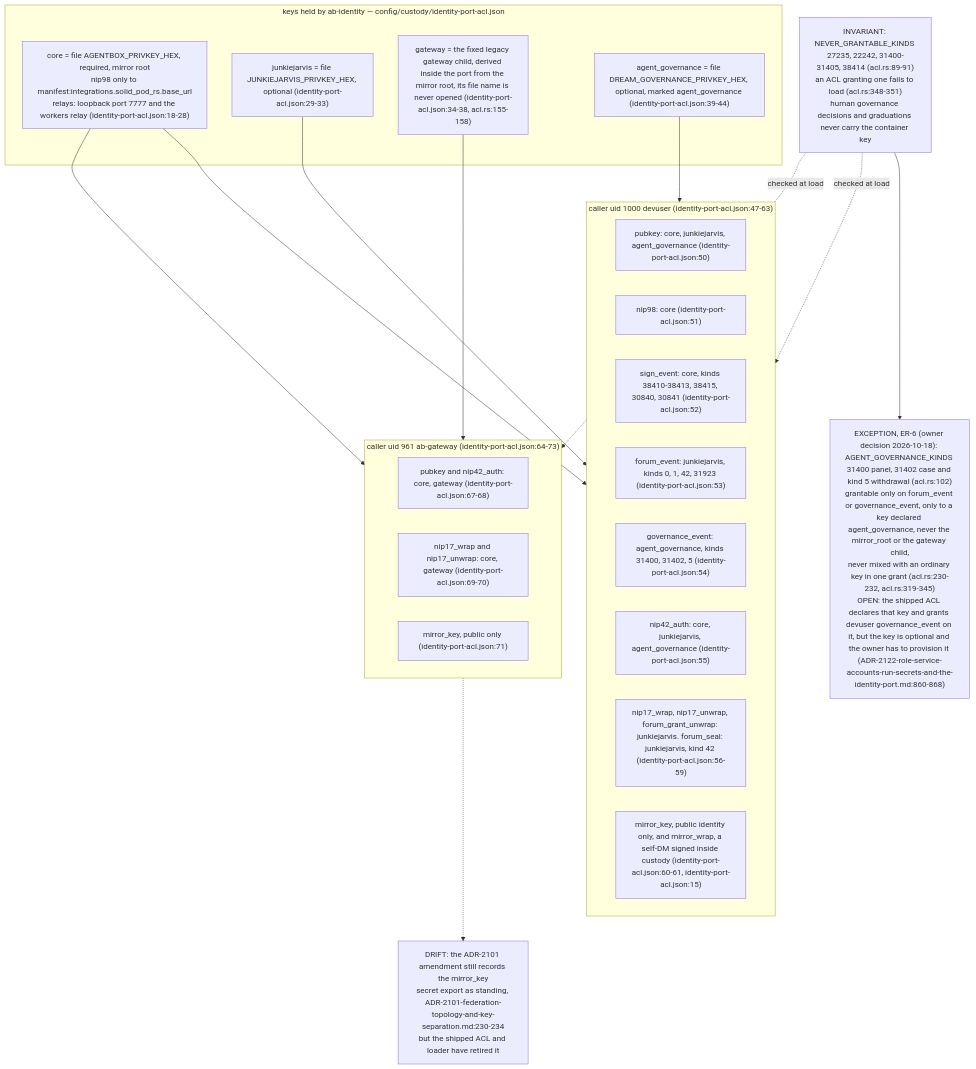
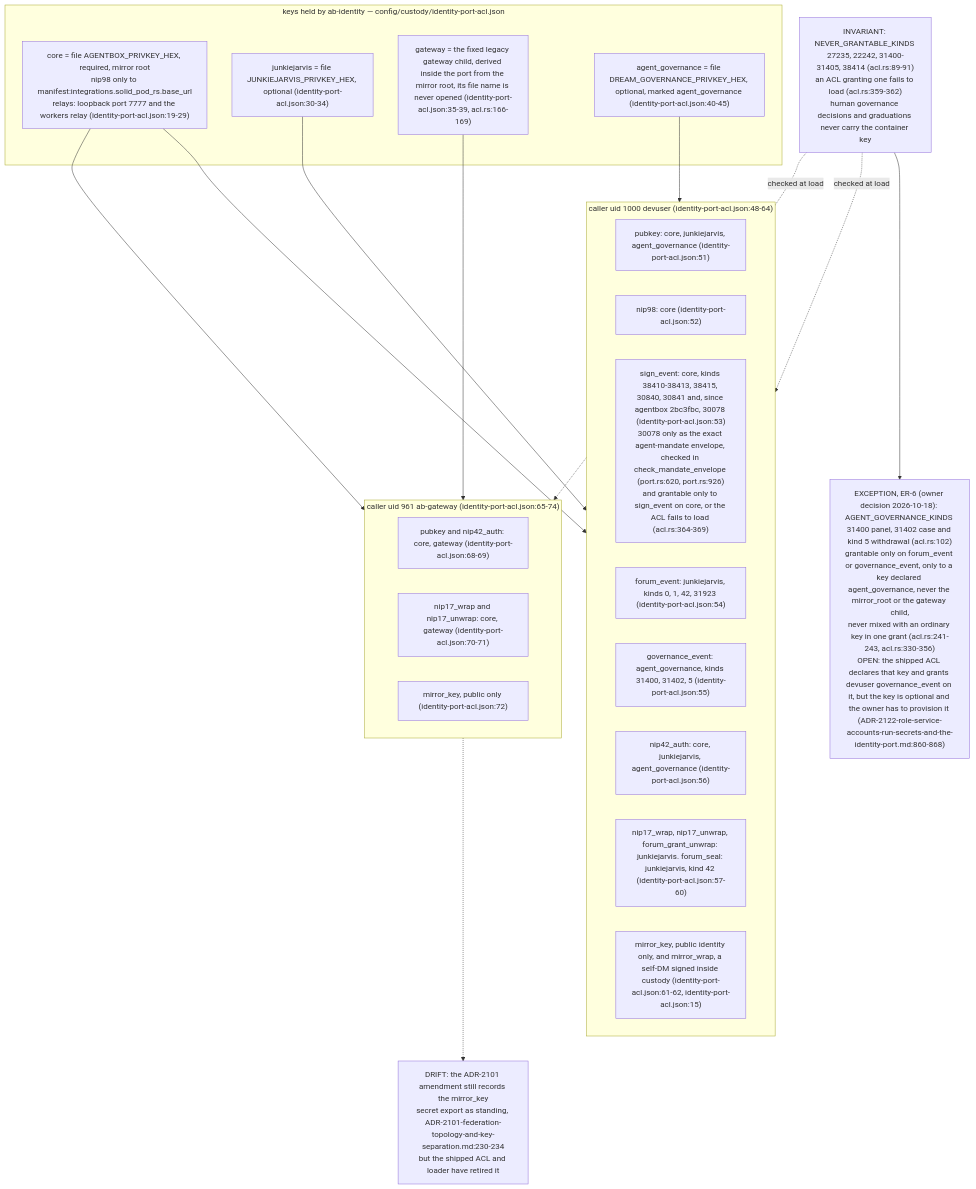
One commit to DreamLab-AI/VisionFlow changed the fifth of 9 diagrams in docs/diagrams/agentbox/36-role-isolation-and-identity-port.md. Above: the diagram before and after it, drawn with Mermaid. The commit also changed other lines of this file and 6 other files, not shown here.

First line of the commit message:
docs(diagrams): agentbox pass B at agentbox 1ea5494 (PRs #52, #53)

````diff
--- a/docs/diagrams/agentbox/36-role-isolation-and-identity-port.md
+++ b/docs/diagrams/agentbox/36-role-isolation-and-identity-port.md
@@ -195,35 +195,35 @@
 ```mermaid
 flowchart TB
     subgraph KEYS["keys held by ab-identity — config/custody/identity-port-acl.json"]
-        CORE["core = file AGENTBOX_PRIVKEY_HEX, required, mirror root<br/>nip98 only to manifest:integrations.solid_pod_rs.base_url<br/>relays: loopback port 7777 and the workers relay (identity-port-acl.json:18-28)"]
-        JJ["junkiejarvis = file JUNKIEJARVIS_PRIVKEY_HEX, optional (identity-port-acl.json:29-33)"]
-        GK["gateway = the fixed legacy gateway child, derived inside the port from the mirror root, its file name is never opened (identity-port-acl.json:34-38, acl.rs:155-158)"]
-        AG["agent_governance = file DREAM_GOVERNANCE_PRIVKEY_HEX, optional, marked agent_governance (identity-port-acl.json:39-44)"]
+        CORE["core = file AGENTBOX_PRIVKEY_HEX, required, mirror root<br/>nip98 only to manifest:integrations.solid_pod_rs.base_url<br/>relays: loopback port 7777 and the workers relay (identity-port-acl.json:19-29)"]
+        JJ["junkiejarvis = file JUNKIEJARVIS_PRIVKEY_HEX, optional (identity-port-acl.json:30-34)"]
+        GK["gateway = the fixed legacy gateway child, derived inside the port from the mirror root, its file name is never opened (identity-port-acl.json:35-39, acl.rs:166-169)"]
+        AG["agent_governance = file DREAM_GOVERNANCE_PRIVKEY_HEX, optional, marked agent_governance (identity-port-acl.json:40-45)"]
     end
-    subgraph DEV["caller uid 1000 devuser (identity-port-acl.json:47-63)"]
-        D1["pubkey: core, junkiejarvis, agent_governance (identity-port-acl.json:50)"]
-        D2["nip98: core (identity-port-acl.json:51)"]
-        D3["sign_event: core, kinds 38410-38413, 38415, 30840, 30841 (identity-port-acl.json:52)"]
-        D4["forum_event: junkiejarvis, kinds 0, 1, 42, 31923 (identity-port-acl.json:53)"]
-        D5["governance_event: agent_governance, kinds 31400, 31402, 5 (identity-port-acl.json:54)"]
-        D6["nip42_auth: core, junkiejarvis, agent_governance (identity-port-acl.json:55)"]
-        D7["nip17_wrap, nip17_unwrap, forum_grant_unwrap: junkiejarvis. forum_seal: junkiejarvis, kind 42 (identity-port-acl.json:56-59)"]
-        D8["mirror_key, public identity only, and mirror_wrap, a self-DM signed inside custody (identity-port-acl.json:60-61, identity-port-acl.json:15)"]
+    subgraph DEV["caller uid 1000 devuser (identity-port-acl.json:48-64)"]
+        D1["pubkey: core, junkiejarvis, agent_governance (identity-port-acl.json:51)"]
+        D2["nip98: core (identity-port-acl.json:52)"]
+        D3["sign_event: core, kinds 38410-38413, 38415, 30840, 30841 and, since agentbox 2bc3fbc, 30078 (identity-port-acl.json:53)<br/>30078 only as the exact agent-mandate envelope, checked in check_mandate_envelope (port.rs:620, port.rs:926)<br/>and grantable only to sign_event on core, or the ACL fails to load (acl.rs:364-369)"]
+        D4["forum_event: junkiejarvis, kinds 0, 1, 42, 31923 (identity-port-acl.json:54)"]
+        D5["governance_event: agent_governance, kinds 31400, 31402, 5 (identity-port-acl.json:55)"]
+        D6["nip42_auth: core, junkiejarvis, agent_governance (identity-port-acl.json:56)"]
+        D7["nip17_wrap, nip17_unwrap, forum_grant_unwrap: junkiejarvis. forum_seal: junkiejarvis, kind 42 (identity-port-acl.json:57-60)"]
+        D8["mirror_key, public identity only, and mirror_wrap, a self-DM signed inside custody (identity-port-acl.json:61-62, identity-port-acl.json:15)"]
     end
-    subgraph GWC["caller uid 961 ab-gateway (identity-port-acl.json:64-73)"]
-        G1["pubkey and nip42_auth: core, gateway (identity-port-acl.json:67-68)"]
-        G2["nip17_wrap and nip17_unwrap: core, gateway (identity-port-acl.json:69-70)"]
-        G3["mirror_key, public only (identity-port-acl.json:71)"]
+    subgraph GWC["caller uid 961 ab-gateway (identity-port-acl.json:65-74)"]
+        G1["pubkey and nip42_auth: core, gateway (identity-port-acl.json:68-69)"]
+        G2["nip17_wrap and nip17_unwrap: core, gateway (identity-port-acl.json:70-71)"]
+        G3["mirror_key, public only (identity-port-acl.json:72)"]
     end
-    NEVER["INVARIANT: NEVER_GRANTABLE_KINDS 27235, 22242, 31400-31405, 38414 (acl.rs:89-91)<br/>an ACL granting one fails to load (acl.rs:348-351)<br/>human governance decisions and graduations never carry the container key"]
-    AGENTK["EXCEPTION, ER-6 (owner decision 2026-10-18): AGENT_GOVERNANCE_KINDS 31400 panel, 31402 case and kind 5 withdrawal (acl.rs:102)<br/>grantable only on forum_event or governance_event, only to a key declared agent_governance, never the mirror_root or the gateway child,<br/>never mixed with an ordinary key in one grant (acl.rs:230-232, acl.rs:319-345)<br/>OPEN: the shipped ACL declares that key and grants devuser governance_event on it, but the key is optional and the owner has to provision it (ADR-2122-role-service-accounts-run-secrets-and-the-identity-port.md:860-868)"]
+    NEVER["INVARIANT: NEVER_GRANTABLE_KINDS 27235, 22242, 31400-31405, 38414 (acl.rs:89-91)<br/>an ACL granting one fails to load (acl.rs:359-362)<br/>human governance decisions and graduations never carry the container key"]
+    AGENTK["EXCEPTION, ER-6 (owner decision 2026-10-18): AGENT_GOVERNANCE_KINDS 31400 panel, 31402 case and kind 5 withdrawal (acl.rs:102)<br/>grantable only on forum_event or governance_event, only to a key declared agent_governance, never the mirror_root or the gateway child,<br/>never mixed with an ordinary key in one grant (acl.rs:241-243, acl.rs:330-356)<br/>OPEN: the shipped ACL declares that key and grants devuser governance_event on it, but the key is optional and the owner has to provision it (ADR-2122-role-service-accounts-run-secrets-and-the-identity-port.md:860-868)"]
     NEVER --> AGENTK
     CORE --> DEV
     JJ --> DEV
     AG --> DEV
     CORE --> GWC
     GK --> GWC
     NEVER -.->|"checked at load"| DEV
     NEVER -.->|"checked at load"| GWC
     GWC -.-> DR2101["DRIFT: the ADR-2101 amendment still records the mirror_key<br/>secret export as standing, ADR-2101-federation-topology-and-key-separation.md:230-234<br/>but the shipped ACL and loader have retired it"]
 ```
````
